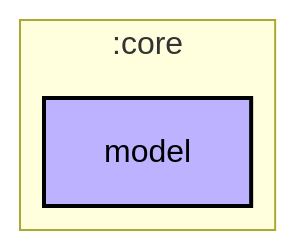
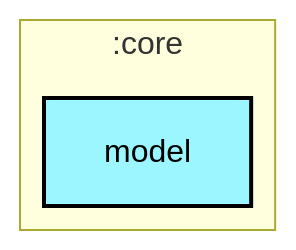
The first of 2 diagrams in core/model/README.md (lihenggui/nowinkmp), drawn with Mermaid before and after one commit. The commit also changed other lines of this file and 29 other files, not shown here.

First line of the commit message:
Fix graphUpdate configuration cache compatibility

````diff
--- a/core/model/README.md
+++ b/core/model/README.md
@@ -6,20 +6,20 @@
 ```mermaid
 ---
 config:
   layout: elk
   elk:
     nodePlacementStrategy: SIMPLE
 ---
 graph TB
   subgraph :core
     direction TB
-    :core:model[model]:::jvm-library
+    :core:model[model]:::kmp-library
   end
 
-classDef android-application fill:#CAFFBF,stroke:#000,stroke-width:2px,color:#000;
-classDef android-feature fill:#FFD6A5,stroke:#000,stroke-width:2px,color:#000;
-classDef android-library fill:#9BF6FF,stroke:#000,stroke-width:2px,color:#000;
+classDef cmp-application fill:#CAFFBF,stroke:#000,stroke-width:2px,color:#000;
+classDef cmp-feature fill:#FFD6A5,stroke:#000,stroke-width:2px,color:#000;
+classDef kmp-library fill:#9BF6FF,stroke:#000,stroke-width:2px,color:#000;
+classDef jvm-library fill:#BDB2FF,stroke:#000,stroke-width:2px,color:#000;
 classDef android-test fill:#A0C4FF,stroke:#000,stroke-width:2px,color:#000;
-classDef jvm-library fill:#BDB2FF,stroke:#000,stroke-width:2px,color:#000;
 classDef unknown fill:#FFADAD,stroke:#000,stroke-width:2px,color:#000;
 ```
````
